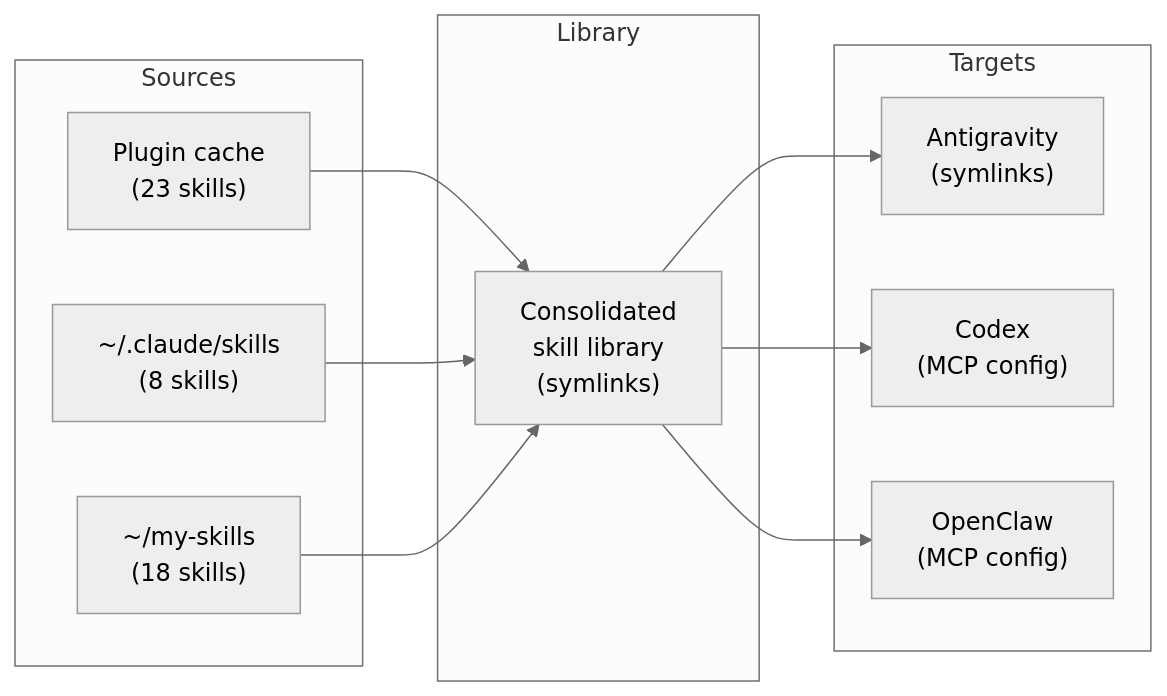
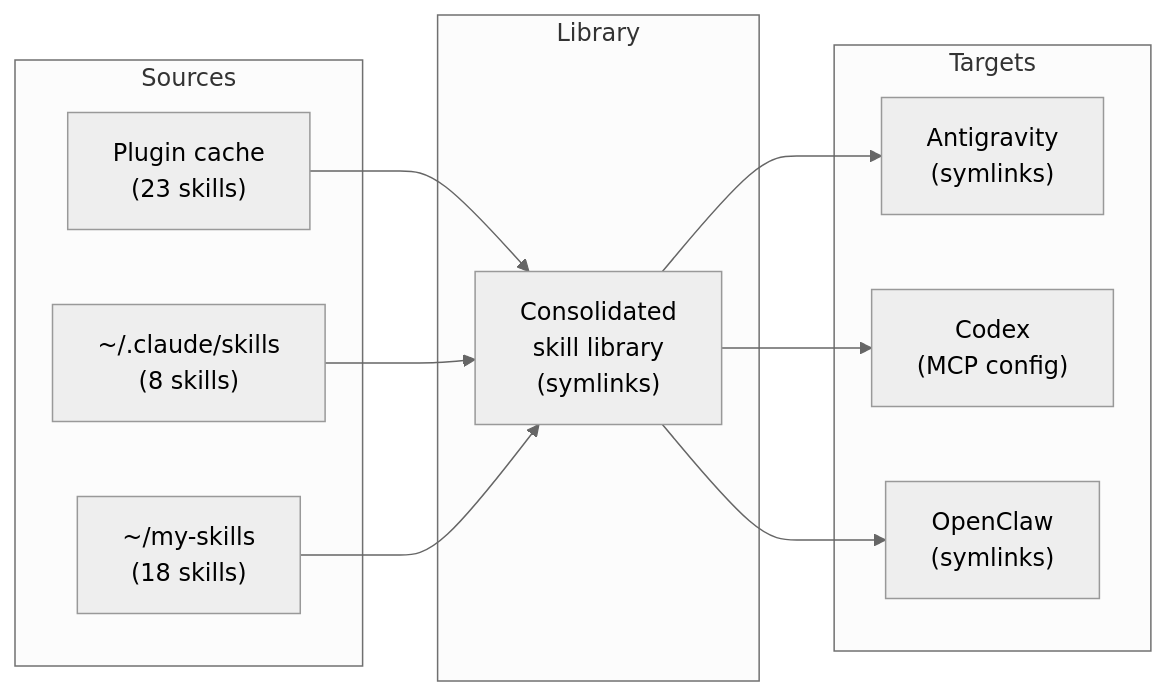
The diagram in README.md (MartinP7r/tome), drawn with Mermaid (neutral theme) before and after one commit. The commit also changed 5 other files, not shown here.

````diff
--- a/README.md
+++ b/README.md
@@ -66,25 +66,25 @@
 ```mermaid
 graph LR
     subgraph Sources
         S1["Plugin cache<br/>(23 skills)"]
         S2["~/.claude/skills<br/>(8 skills)"]
         S3["~/my-skills<br/>(18 skills)"]
     end
 
     subgraph Library
         L["Consolidated<br/>skill library<br/>(symlinks)"]
     end
 
     subgraph Targets
         T1["Antigravity<br/>(symlinks)"]
         T2["Codex<br/>(MCP config)"]
-        T3["OpenClaw<br/>(MCP config)"]
+        T3["OpenClaw<br/>(symlinks)"]
     end
 
     S1 --> L
     S2 --> L
     S3 --> L
     L --> T1
     L --> T2
     L --> T3
 ```
````
